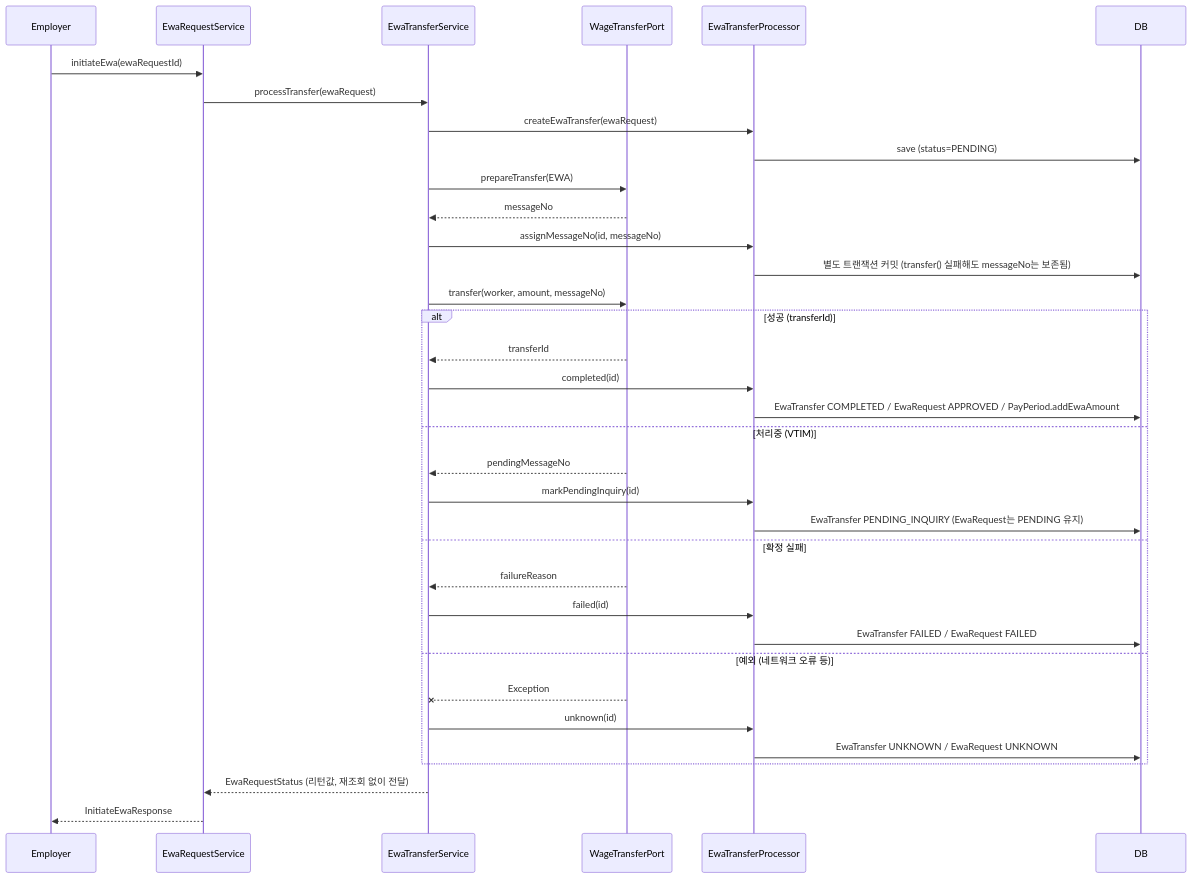
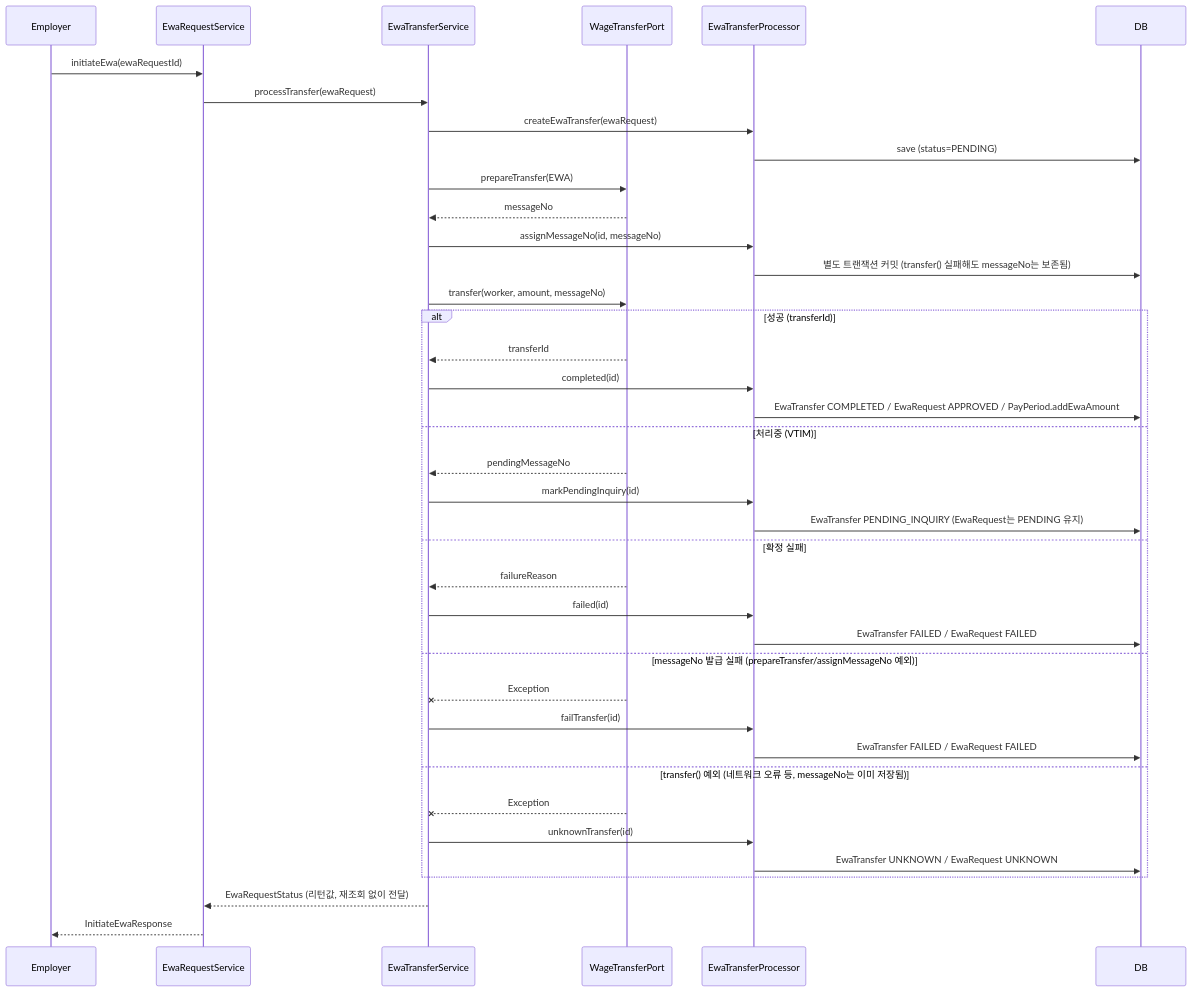
Before and after one commit to YOUHEETAE/wage-clock: the first of 5 diagrams in docs/diagrams/sequence-diagram.md, drawn with Mermaid. The commit also changed other lines of this file and 8 other files, not shown here.

Commit message:
refactor: split EWA transfer error handling and fix outbox double-payment risk

````diff
--- a/docs/diagrams/sequence-diagram.md
+++ b/docs/diagrams/sequence-diagram.md
@@ -10,42 +10,46 @@
 ```mermaid
 sequenceDiagram
     participant Employer
     participant EwaRequestService
     participant EwaTransferService
     participant WageTransferPort
     participant EwaTransferProcessor
     participant DB
 
     Employer->>EwaRequestService: initiateEwa(ewaRequestId)
     EwaRequestService->>EwaTransferService: processTransfer(ewaRequest)
     EwaTransferService->>EwaTransferProcessor: createEwaTransfer(ewaRequest)
     EwaTransferProcessor->>DB: save (status=PENDING)
 
     EwaTransferService->>WageTransferPort: prepareTransfer(EWA)
     WageTransferPort-->>EwaTransferService: messageNo
     EwaTransferService->>EwaTransferProcessor: assignMessageNo(id, messageNo)
     EwaTransferProcessor->>DB: 별도 트랜잭션 커밋 (transfer() 실패해도 messageNo는 보존됨)
 
     EwaTransferService->>WageTransferPort: transfer(worker, amount, messageNo)
 
     alt 성공 (transferId)
         WageTransferPort-->>EwaTransferService: transferId
         EwaTransferService->>EwaTransferProcessor: completed(id)
         EwaTransferProcessor->>DB: EwaTransfer COMPLETED / EwaRequest APPROVED / PayPeriod.addEwaAmount
     else 처리중 (VTIM)
         WageTransferPort-->>EwaTransferService: pendingMessageNo
         EwaTransferService->>EwaTransferProcessor: markPendingInquiry(id)
         EwaTransferProcessor->>DB: EwaTransfer PENDING_INQUIRY (EwaRequest는 PENDING 유지)
     else 확정 실패
         WageTransferPort-->>EwaTransferService: failureReason
         EwaTransferService->>EwaTransferProcessor: failed(id)
         EwaTransferProcessor->>DB: EwaTransfer FAILED / EwaRequest FAILED
-    else 예외 (네트워크 오류 등)
+    else messageNo 발급 실패 (prepareTransfer/assignMessageNo 예외)
         WageTransferPort--xEwaTransferService: Exception
-        EwaTransferService->>EwaTransferProcessor: unknown(id)
+        EwaTransferService->>EwaTransferProcessor: failTransfer(id)
+        EwaTransferProcessor->>DB: EwaTransfer FAILED / EwaRequest FAILED
+    else transfer() 예외 (네트워크 오류 등, messageNo는 이미 저장됨)
+        WageTransferPort--xEwaTransferService: Exception
+        EwaTransferService->>EwaTransferProcessor: unknownTransfer(id)
         EwaTransferProcessor->>DB: EwaTransfer UNKNOWN / EwaRequest UNKNOWN
     end
 
     EwaTransferService-->>EwaRequestService: EwaRequestStatus (리턴값, 재조회 없이 전달)
     EwaRequestService-->>Employer: InitiateEwaResponse
 ```
````
